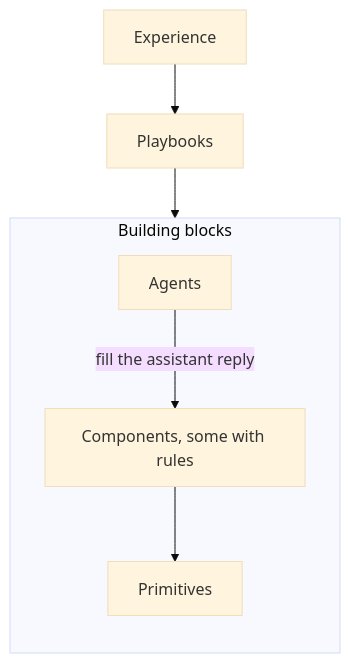
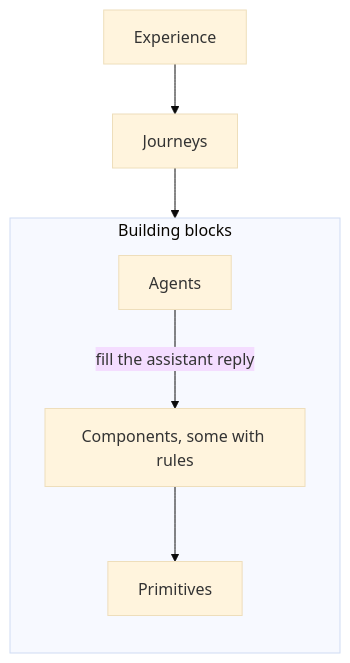
Before and after one commit to crossword-ai/docs: the diagram in concepts.mdx, drawn with Mermaid (base theme). The commit also changed other lines of this file and 62 other files, not shown here.

````diff
--- a/concepts.mdx
+++ b/concepts.mdx
@@ -12,10 +12,10 @@
 ```mermaid
 flowchart TB
-  EX["Experience"] --> PB["Playbooks"]
+  EX["Experience"] --> PB["Journeys"]
   PB --> CO
   subgraph BB["Building blocks"]
     direction TB
     CO["Components, some with rules"] --> PR["Primitives"]
     AG["Agents"] -- "fill the assistant reply" --> CO
   end
 ```
````
